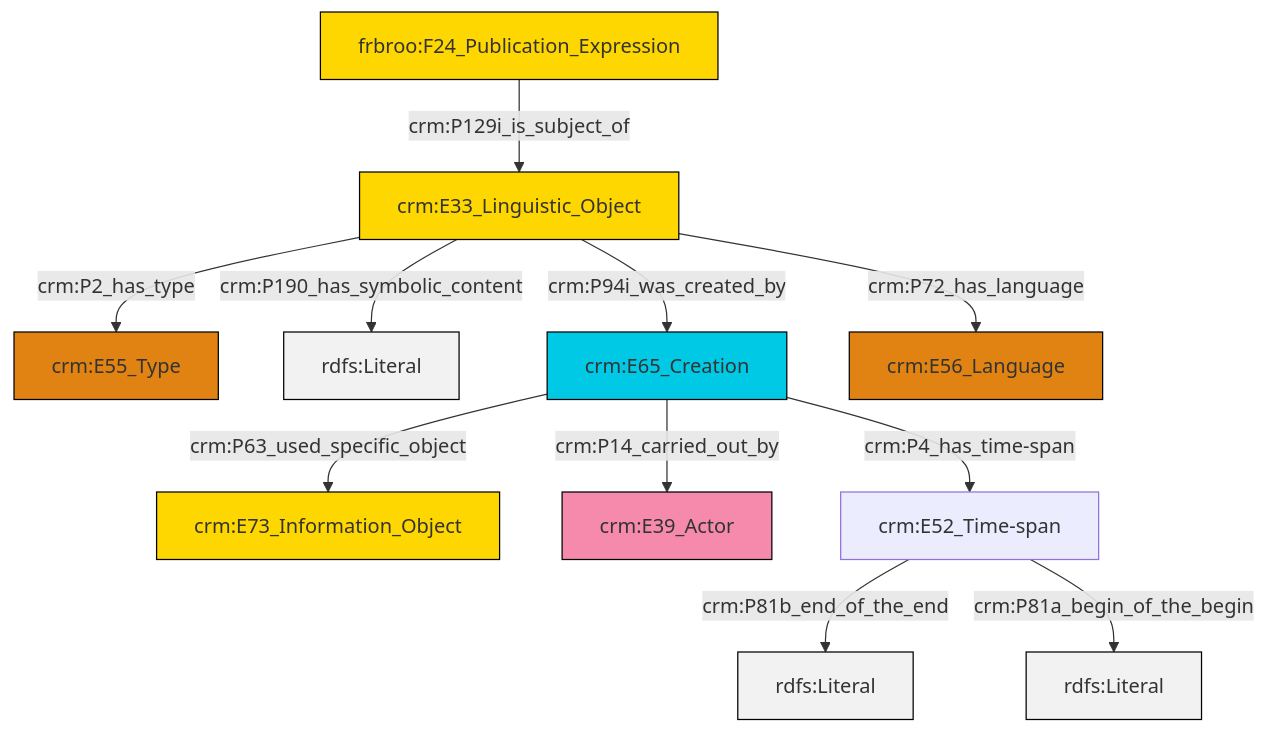
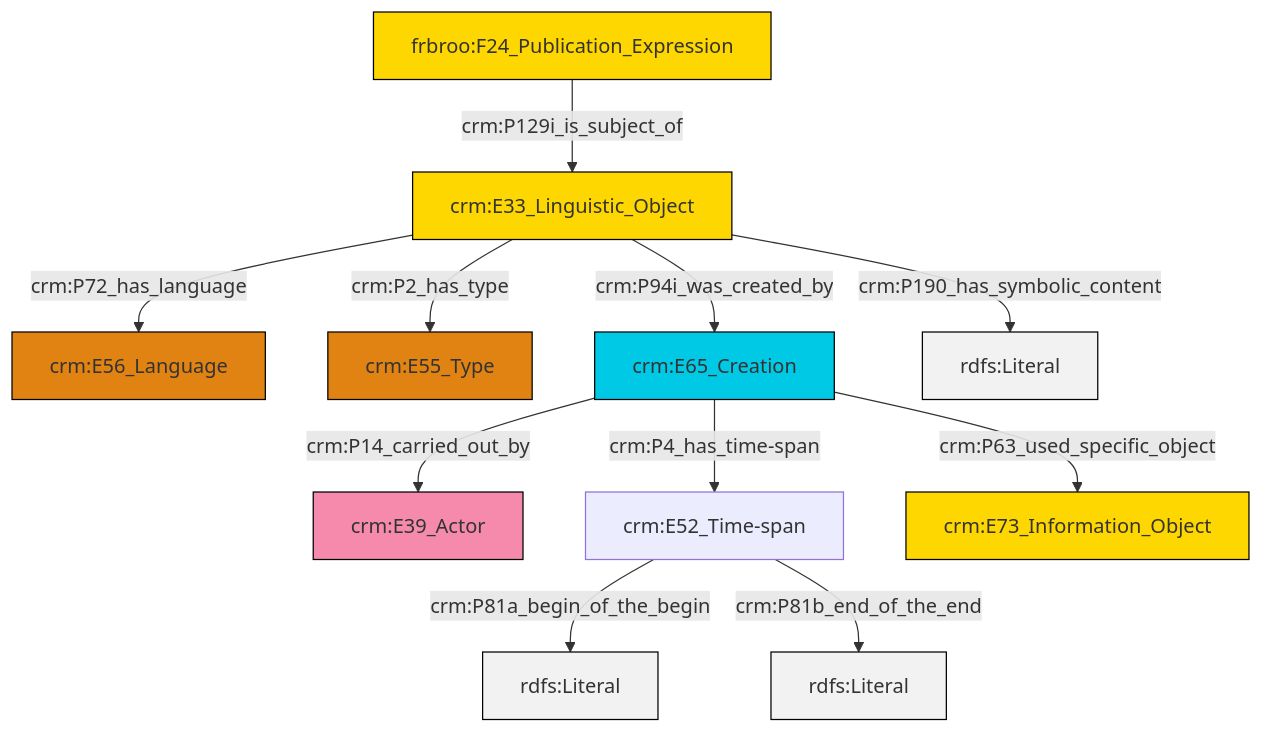
The diagram in et/biblioCSV/ttl/mmd/biblio_description.ttl.mmd (swiss-art-research-net/reference-data-models), drawn with Mermaid before and after one commit. The commit also changed 128 other files, not shown here.

```diff
--- a/et/biblioCSV/ttl/mmd/biblio_description.ttl.mmd
+++ b/et/biblioCSV/ttl/mmd/biblio_description.ttl.mmd
@@ -1,25 +1,25 @@
 graph TD
 classDef Literal fill:#f2f2f2,stroke:#000000;
 classDef CRM_Entity fill:#FFFFFF,stroke:#000000;
 classDef Temporal_Entity fill:#00C9E6, stroke:#000000;
 classDef Type fill:#E18312, stroke:#000000;
 classDef Time-Span fill:#2C9C91, stroke:#000000;
 classDef Appellation fill:#FFEB7F, stroke:#000000;
 classDef Place fill:#008836, stroke:#000000;
 classDef Persistent_Item fill:#B266B2, stroke:#000000;
 classDef Conceptual_Object fill:#FFD700, stroke:#000000;
 classDef Physical_Thing fill:#D2B48C, stroke:#000000;
 classDef Actor fill:#f58aad, stroke:#000000;
 classDef PC_Classes fill:#4ce600, stroke:#000000;
 classDef Multi fill:#cccccc,stroke:#000000;
 
-0["crm:E33_Linguistic_Object"]:::Conceptual_Object -->|crm:P190_has_symbolic_content| 6[rdfs:Literal]:::Literal
-7["crm:E65_Creation"]:::Temporal_Entity -->|crm:P63_used_specific_object| 8["crm:E73_Information_Object"]:::Conceptual_Object
-0["crm:E33_Linguistic_Object"]:::Conceptual_Object -->|crm:P2_has_type| 4["crm:E55_Type"]:::Type
-11["crm:E52_Time-span"]:::Default -->|crm:P81b_end_of_the_end| 12[rdfs:Literal]:::Literal
-7["crm:E65_Creation"]:::Temporal_Entity -->|crm:P14_carried_out_by| 9["crm:E39_Actor"]:::Actor
-11["crm:E52_Time-span"]:::Default -->|crm:P81a_begin_of_the_begin| 15[rdfs:Literal]:::Literal
-7["crm:E65_Creation"]:::Temporal_Entity -->|crm:P4_has_time-span| 11["crm:E52_Time-span"]:::Default
-0["crm:E33_Linguistic_Object"]:::Conceptual_Object -->|crm:P72_has_language| 17["crm:E56_Language"]:::Type
-0["crm:E33_Linguistic_Object"]:::Conceptual_Object -->|crm:P94i_was_created_by| 7["crm:E65_Creation"]:::Temporal_Entity
-2["frbroo:F24_Publication_Expression"]:::Conceptual_Object -->|crm:P129i_is_subject_of| 0["crm:E33_Linguistic_Object"]:::Conceptual_Object
+0["crm:E33_Linguistic_Object"]:::Conceptual_Object -->|crm:P72_has_language| 1["crm:E56_Language"]:::Type
+0["crm:E33_Linguistic_Object"]:::Conceptual_Object -->|crm:P2_has_type| 2["crm:E55_Type"]:::Type
+3["crm:E65_Creation"]:::Temporal_Entity -->|crm:P14_carried_out_by| 4["crm:E39_Actor"]:::Actor
+5["crm:E52_Time-span"]:::Default -->|crm:P81a_begin_of_the_begin| 6[rdfs:Literal]:::Literal
+0["crm:E33_Linguistic_Object"]:::Conceptual_Object -->|crm:P94i_was_created_by| 3["crm:E65_Creation"]:::Temporal_Entity
+10["frbroo:F24_Publication_Expression"]:::Conceptual_Object -->|crm:P129i_is_subject_of| 0["crm:E33_Linguistic_Object"]:::Conceptual_Object
+0["crm:E33_Linguistic_Object"]:::Conceptual_Object -->|crm:P190_has_symbolic_content| 13[rdfs:Literal]:::Literal
+3["crm:E65_Creation"]:::Temporal_Entity -->|crm:P63_used_specific_object| 15["crm:E73_Information_Object"]:::Conceptual_Object
+3["crm:E65_Creation"]:::Temporal_Entity -->|crm:P4_has_time-span| 5["crm:E52_Time-span"]:::Default
+5["crm:E52_Time-span"]:::Default -->|crm:P81b_end_of_the_end| 18[rdfs:Literal]:::Literal
```
